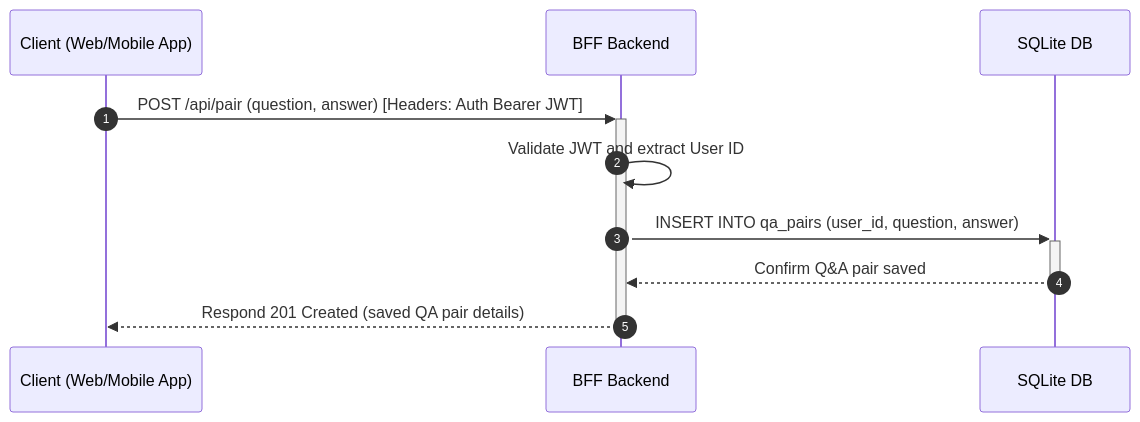
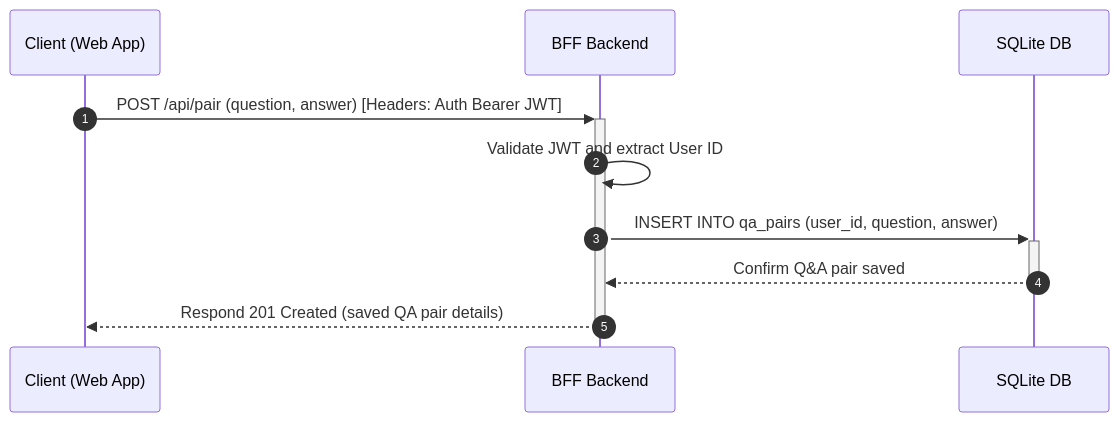
One commit to Stepheng753/AIU changed the fourth of 4 diagrams in docs/system/architecture.md. Above: the diagram before and after it, drawn with Mermaid. The commit also changed other lines of this file and 32 other files, not shown here.

````diff
--- a/docs/system/architecture.md
+++ b/docs/system/architecture.md
@@ -75,9 +73,9 @@
 ```mermaid
 sequenceDiagram
     autonumber
-    Client (Web/Mobile App)->>+BFF Backend: POST /api/pair (question, answer) [Headers: Auth Bearer JWT]
+    Client (Web App)->>+BFF Backend: POST /api/pair (question, answer) [Headers: Auth Bearer JWT]
     BFF Backend->>BFF Backend: Validate JWT and extract User ID
     BFF Backend->>+SQLite DB: INSERT INTO qa_pairs (user_id, question, answer)
     SQLite DB-->>-BFF Backend: Confirm Q&A pair saved
-    BFF Backend-->>-Client (Web/Mobile App): Respond 201 Created (saved QA pair details)
+    BFF Backend-->>-Client (Web App): Respond 201 Created (saved QA pair details)
 ```
````
